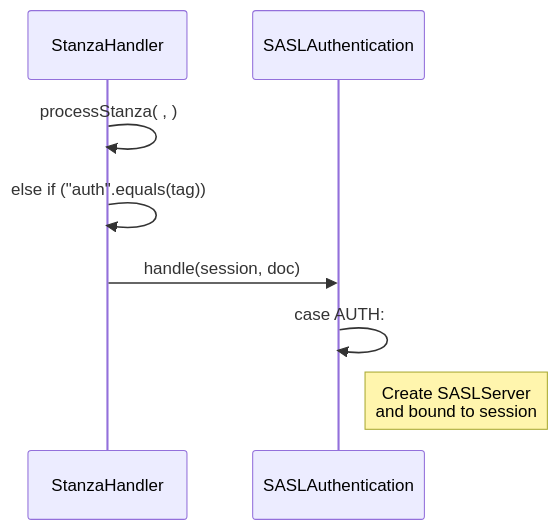
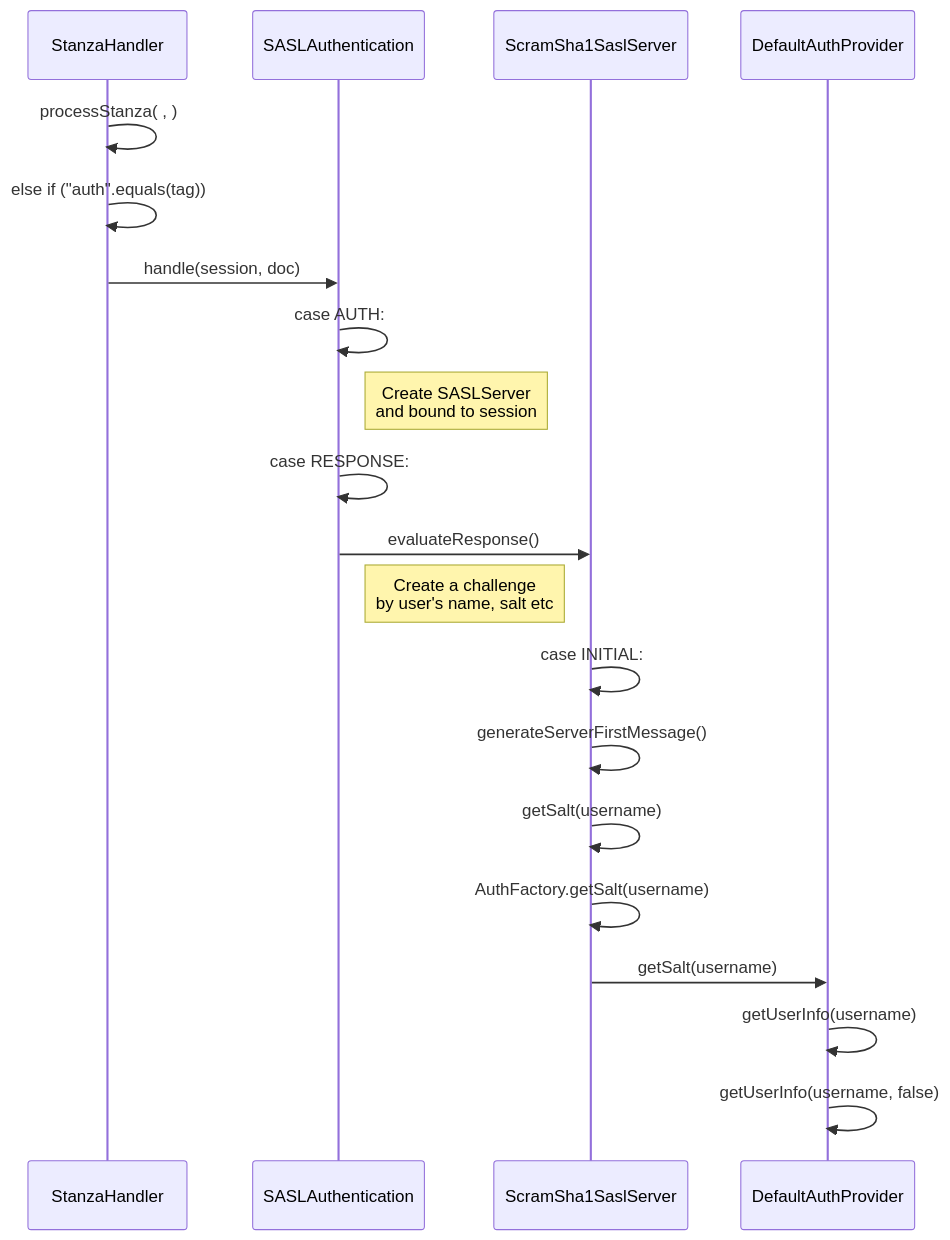
One commit to chanchan098/Docs changed the eighth of 27 diagrams in of-spk-x.md. Above: the diagram before and after it, drawn with Mermaid. The commit also changed other lines of this file, not shown here.

````diff
--- a/of-spk-x.md
+++ b/of-spk-x.md
@@ -300,8 +498,19 @@
 ```mermaid
 sequenceDiagram
     StanzaHandler->>StanzaHandler: processStanza( , )
     StanzaHandler->>StanzaHandler: else if ("auth".equals(tag))
     StanzaHandler->>SASLAuthentication: handle(session, doc)
     SASLAuthentication->>SASLAuthentication: case AUTH:
     Note right of SASLAuthentication: Create SASLServer<br> and bound to session
+    SASLAuthentication->>SASLAuthentication: case RESPONSE:
+    SASLAuthentication->>ScramSha1SaslServer: evaluateResponse()
+    Note right of SASLAuthentication: Create a challenge<br> by user's name, salt etc
+    ScramSha1SaslServer->>ScramSha1SaslServer: case INITIAL:
+    ScramSha1SaslServer->>ScramSha1SaslServer: generateServerFirstMessage()
+    ScramSha1SaslServer->>ScramSha1SaslServer: getSalt(username)
+    ScramSha1SaslServer->>ScramSha1SaslServer: AuthFactory.getSalt(username)
+    ScramSha1SaslServer->>DefaultAuthProvider: getSalt(username)
+    DefaultAuthProvider->>DefaultAuthProvider: getUserInfo(username)
+    DefaultAuthProvider->>DefaultAuthProvider: getUserInfo(username, false)
+    
 ```
````
